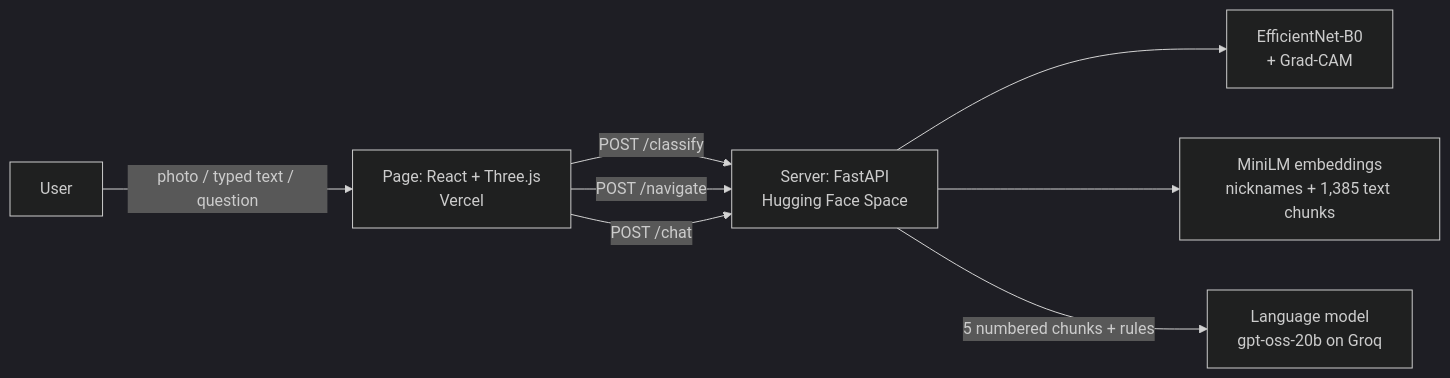
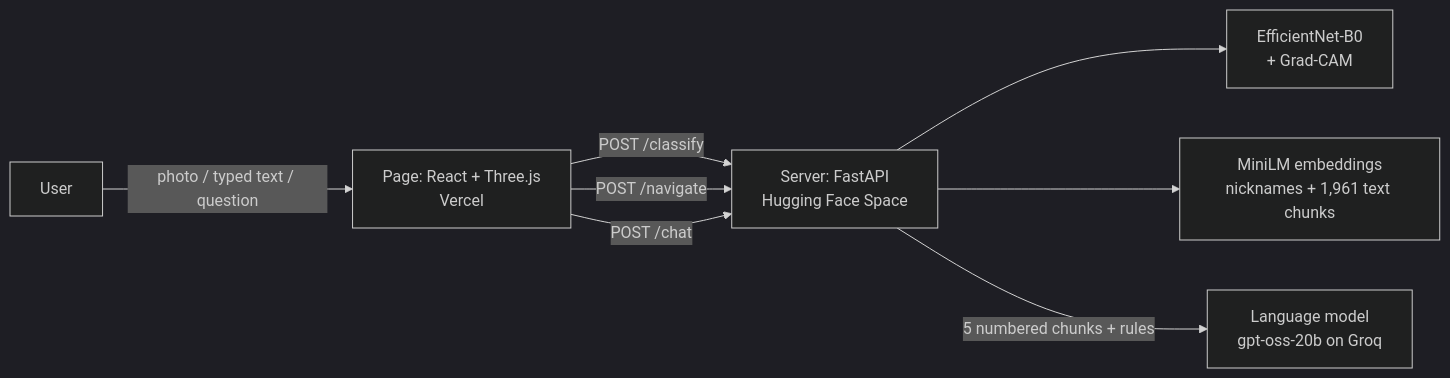
Before and after one commit to Divyansh-j04/AstroLens: the diagram in README.md, drawn with Mermaid (dark theme). The commit also changed other lines of this file and 63 other files, not shown here.

````diff
--- a/README.md
+++ b/README.md
@@ -11,10 +11,10 @@
 ```mermaid
 flowchart LR
     U[User] -->|photo / typed text / question| P[Page: React + Three.js<br>Vercel]
     P -->|POST /classify| S[Server: FastAPI<br>Hugging Face Space]
     P -->|POST /navigate| S
     P -->|POST /chat| S
     S --> C[EfficientNet-B0<br>+ Grad-CAM]
-    S --> M[MiniLM embeddings<br>nicknames + 1,385 text chunks]
+    S --> M[MiniLM embeddings<br>nicknames + 1,961 text chunks]
     S -->|5 numbered chunks + rules| L[Language model<br>gpt-oss-20b on Groq]
 ```
````
